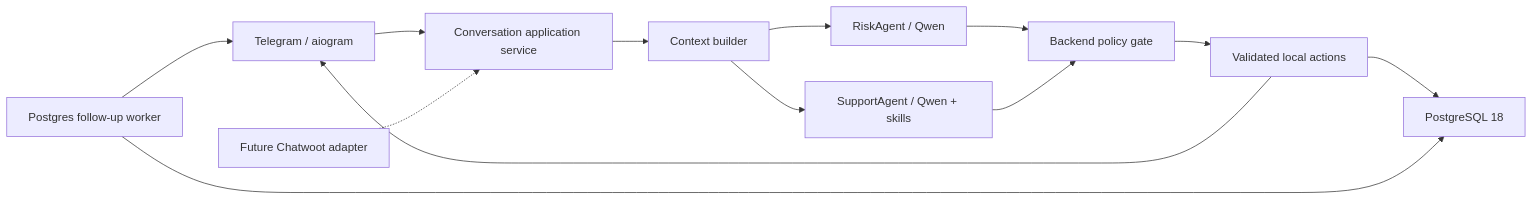
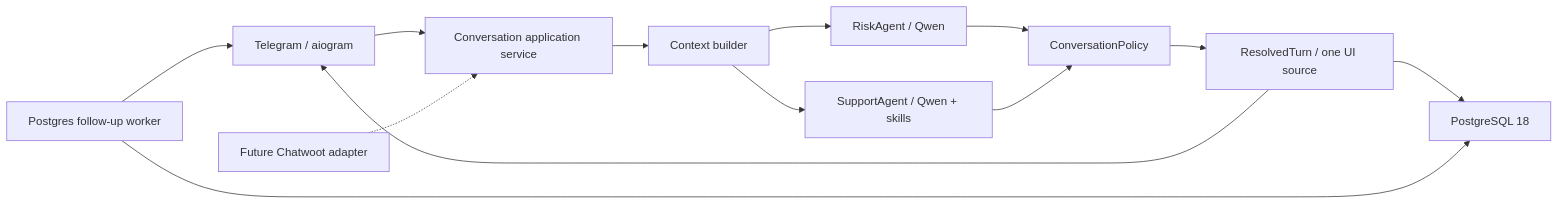
The diagram in docs/superpowers/specs/2026-08-15-nevidimiy-fond-telegram-agent-design.md (lebwa82/female_homelessness), drawn with Mermaid before and after one commit. The commit also changed other lines of this file and 9 other files, not shown here.

````diff
--- a/docs/superpowers/specs/2026-08-15-nevidimiy-fond-telegram-agent-design.md
+++ b/docs/superpowers/specs/2026-08-15-nevidimiy-fond-telegram-agent-design.md
@@ -53,15 +60,15 @@
 ```mermaid
 flowchart LR
     TG["Telegram / aiogram"] --> APP["Conversation application service"]
     APP --> CTX["Context builder"]
     CTX --> RISK["RiskAgent / Qwen"]
     CTX --> SUPPORT["SupportAgent / Qwen + skills"]
-    RISK --> POLICY["Backend policy gate"]
+    RISK --> POLICY["ConversationPolicy"]
     SUPPORT --> POLICY
-    POLICY --> ACTIONS["Validated local actions"]
-    ACTIONS --> TG
-    ACTIONS --> PG["PostgreSQL 18"]
+    POLICY --> TURN["ResolvedTurn / one UI source"]
+    TURN --> TG
+    TURN --> PG["PostgreSQL 18"]
     WORKER["Postgres follow-up worker"] --> TG
     WORKER --> PG
     CHATWOOT["Future Chatwoot adapter"] -.-> APP
 ```
````
